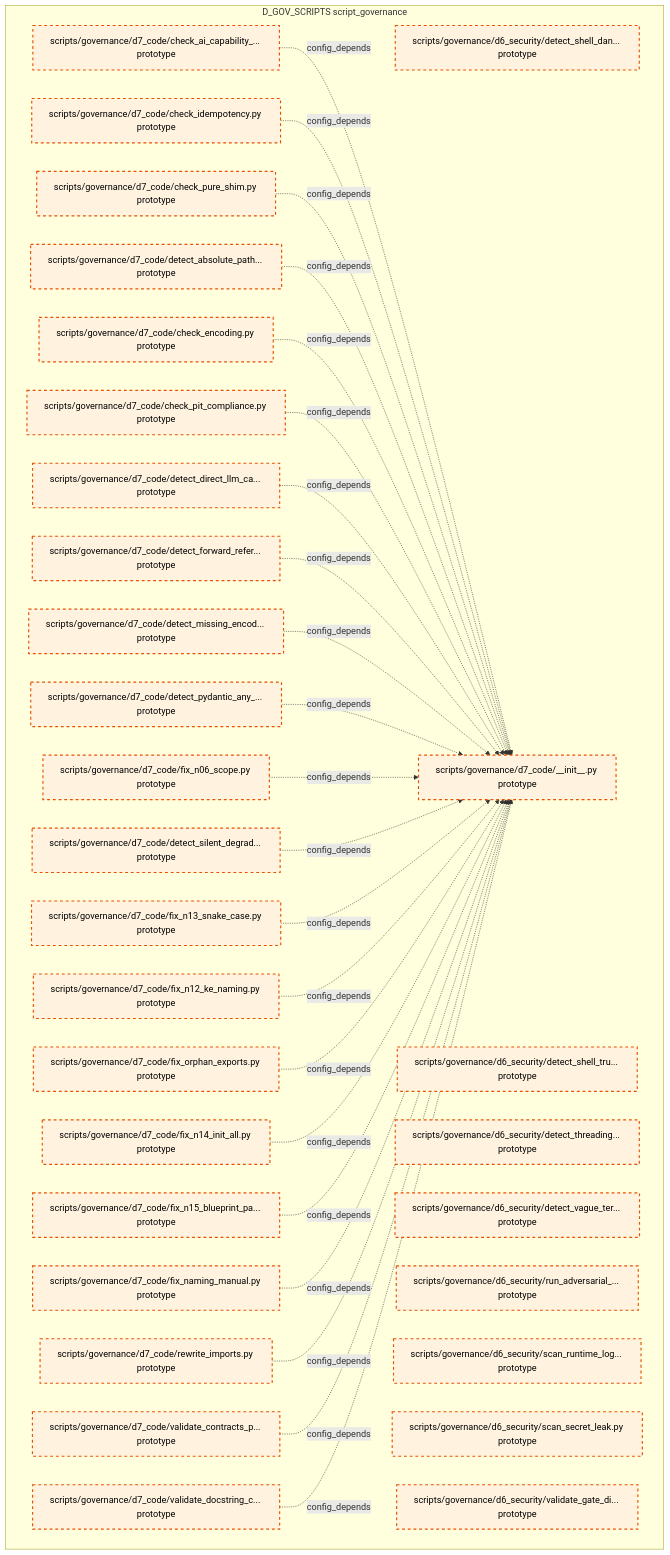
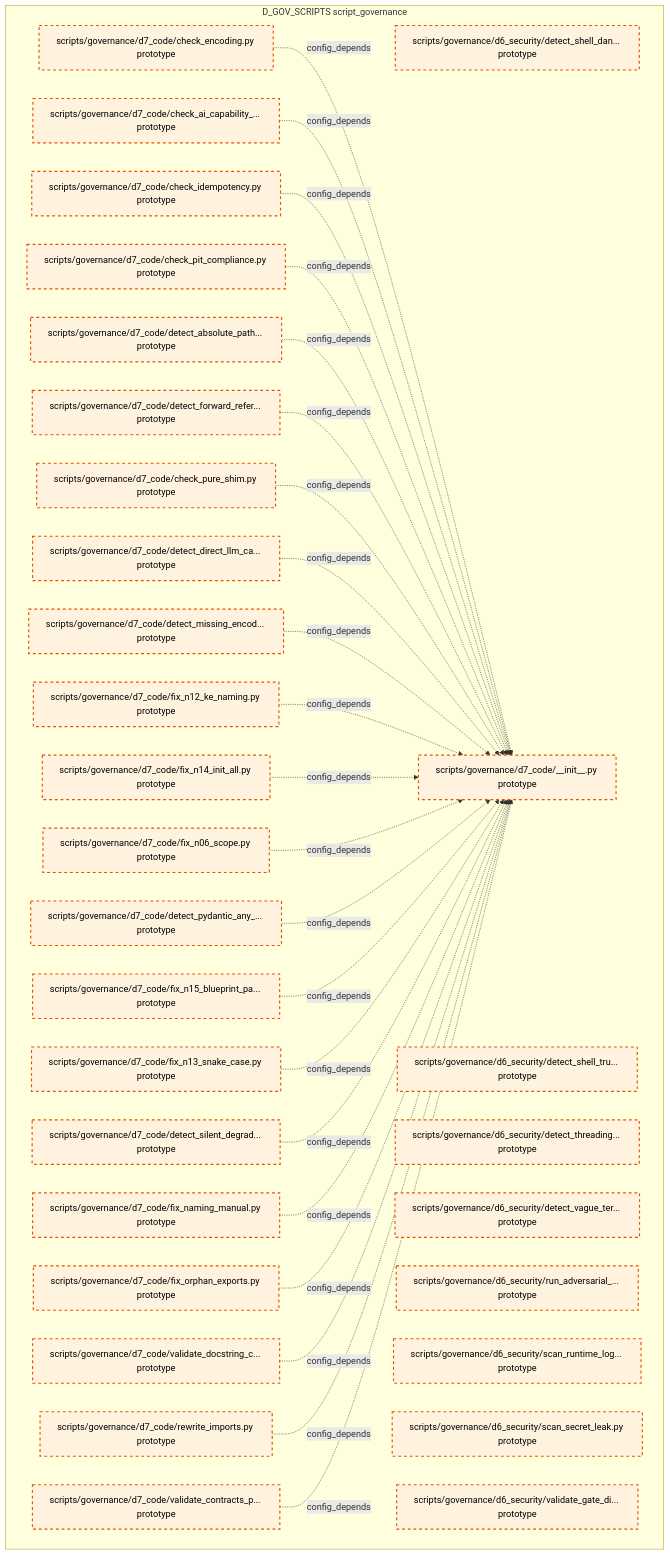
One commit to xuanFelixVan/ZephyrAlpha changed the tenth of 15 diagrams in docs/02_enterprise_architecture/02_domain_architecture_docs/36_d_gov_scripts.md. Above: the diagram before and after it, drawn with Mermaid. The commit also changed other lines of this file and 99 other files, not shown here.

````diff
--- a/docs/02_enterprise_architecture/02_domain_architecture_docs/36_d_gov_scripts.md
+++ b/docs/02_enterprise_architecture/02_domain_architecture_docs/36_d_gov_scripts.md
@@ -687,61 +688,61 @@
 ```mermaid
 graph TD
     subgraph D_GOV_SCRIPTS["D_GOV_SCRIPTS script_governance"]
         scripts_governance_d6_security_detect_shell_dangerous_py["scripts/governance/d6_security/detect_shell_dan... prototype"]
         scripts_governance_d6_security_detect_shell_true_py["scripts/governance/d6_security/detect_shell_tru... prototype"]
         scripts_governance_d6_security_detect_threading_lock_py["scripts/governance/d6_security/detect_threading... prototype"]
         scripts_governance_d6_security_detect_vague_terms_py["scripts/governance/d6_security/detect_vague_ter... prototype"]
         scripts_governance_d6_security_run_adversarial_checks_py["scripts/governance/d6_security/run_adversarial_... prototype"]
         scripts_governance_d6_security_scan_runtime_log_secrets_py["scripts/governance/d6_security/scan_runtime_log... prototype"]
         scripts_governance_d6_security_scan_secret_leak_py["scripts/governance/d6_security/scan_secret_leak.py prototype"]
         scripts_governance_d6_security_validate_gate_discipline_py["scripts/governance/d6_security/validate_gate_di... prototype"]
         scripts_governance_d7_code_init_py["scripts/governance/d7_code/__init__.py prototype"]
         scripts_governance_d7_code_check_ai_capability_boundary_py["scripts/governance/d7_code/check_ai_capability_... prototype"]
         scripts_governance_d7_code_check_encoding_py["scripts/governance/d7_code/check_encoding.py prototype"]
         scripts_governance_d7_code_check_idempotency_py["scripts/governance/d7_code/check_idempotency.py prototype"]
         scripts_governance_d7_code_check_pit_compliance_py["scripts/governance/d7_code/check_pit_compliance.py prototype"]
         scripts_governance_d7_code_check_pure_shim_py["scripts/governance/d7_code/check_pure_shim.py prototype"]
         scripts_governance_d7_code_detect_absolute_path_hardcoding_py["scripts/governance/d7_code/detect_absolute_path... prototype"]
         scripts_governance_d7_code_detect_direct_llm_calls_py["scripts/governance/d7_code/detect_direct_llm_ca... prototype"]
         scripts_governance_d7_code_detect_forward_reference_py["scripts/governance/d7_code/detect_forward_refer... prototype"]
         scripts_governance_d7_code_detect_missing_encoding_py["scripts/governance/d7_code/detect_missing_encod... prototype"]
         scripts_governance_d7_code_detect_pydantic_any_fields_py["scripts/governance/d7_code/detect_pydantic_any_... prototype"]
         scripts_governance_d7_code_detect_silent_degradation_py["scripts/governance/d7_code/detect_silent_degrad... prototype"]
         scripts_governance_d7_code_fix_n06_scope_py["scripts/governance/d7_code/fix_n06_scope.py prototype"]
         scripts_governance_d7_code_fix_n12_ke_naming_py["scripts/governance/d7_code/fix_n12_ke_naming.py prototype"]
         scripts_governance_d7_code_fix_n13_snake_case_py["scripts/governance/d7_code/fix_n13_snake_case.py prototype"]
         scripts_governance_d7_code_fix_n14_init_all_py["scripts/governance/d7_code/fix_n14_init_all.py prototype"]
         scripts_governance_d7_code_fix_n15_blueprint_path_py["scripts/governance/d7_code/fix_n15_blueprint_pa... prototype"]
         scripts_governance_d7_code_fix_naming_manual_py["scripts/governance/d7_code/fix_naming_manual.py prototype"]
         scripts_governance_d7_code_fix_orphan_exports_py["scripts/governance/d7_code/fix_orphan_exports.py prototype"]
         scripts_governance_d7_code_rewrite_imports_py["scripts/governance/d7_code/rewrite_imports.py prototype"]
         scripts_governance_d7_code_validate_contracts_purity_py["scripts/governance/d7_code/validate_contracts_p... prototype"]
         scripts_governance_d7_code_validate_docstring_coverage_py["scripts/governance/d7_code/validate_docstring_c... prototype"]
     end
+    scripts_governance_d7_code_check_encoding_py -.->|config_depends| scripts_governance_d7_code_init_py
     scripts_governance_d7_code_check_ai_capability_boundary_py -.->|config_depends| scripts_governance_d7_code_init_py
     scripts_governance_d7_code_check_idempotency_py -.->|config_depends| scripts_governance_d7_code_init_py
+    scripts_governance_d7_code_check_pit_compliance_py -.->|config_depends| scripts_governance_d7_code_init_py
+    scripts_governance_d7_code_detect_absolute_path_hardcoding_py -.->|config_depends| scripts_governance_d7_code_init_py
+    scripts_governance_d7_code_detect_forward_reference_py -.->|config_depends| scripts_governance_d7_code_init_py
     scripts_governance_d7_code_check_pure_shim_py -.->|config_depends| scripts_governance_d7_code_init_py
-    scripts_governance_d7_code_detect_absolute_path_hardcoding_py -.->|config_depends| scripts_governance_d7_code_init_py
-    scripts_governance_d7_code_check_encoding_py -.->|config_depends| scripts_governance_d7_code_init_py
-    scripts_governance_d7_code_check_pit_compliance_py -.->|config_depends| scripts_governance_d7_code_init_py
     scripts_governance_d7_code_detect_direct_llm_calls_py -.->|config_depends| scripts_governance_d7_code_init_py
-    scripts_governance_d7_code_detect_forward_reference_py -.->|config_depends| scripts_governance_d7_code_init_py
     scripts_governance_d7_code_detect_missing_encoding_py -.->|config_depends| scripts_governance_d7_code_init_py
+    scripts_governance_d7_code_fix_n12_ke_naming_py -.->|config_depends| scripts_governance_d7_code_init_py
+    scripts_governance_d7_code_fix_n14_init_all_py -.->|config_depends| scripts_governance_d7_code_init_py
+    scripts_governance_d7_code_fix_n06_scope_py -.->|config_depends| scripts_governance_d7_code_init_py
     scripts_governance_d7_code_detect_pydantic_any_fields_py -.->|config_depends| scripts_governance_d7_code_init_py
-    scripts_governance_d7_code_fix_n06_scope_py -.->|config_depends| scripts_governance_d7_code_init_py
+    scripts_governance_d7_code_fix_n15_blueprint_path_py -.->|config_depends| scripts_governance_d7_code_init_py
+    scripts_governance_d7_code_fix_n13_snake_case_py -.->|config_depends| scripts_governance_d7_code_init_py
     scripts_governance_d7_code_detect_silent_degradation_py -.->|config_depends| scripts_governance_d7_code_init_py
-    scripts_governance_d7_code_fix_n13_snake_case_py -.->|config_depends| scripts_governance_d7_code_init_py
-    scripts_governance_d7_code_fix_n12_ke_naming_py -.->|config_depends| scripts_governance_d7_code_init_py
+    scripts_governance_d7_code_fix_naming_manual_py -.->|config_depends| scripts_governance_d7_code_init_py
     scripts_governance_d7_code_fix_orphan_exports_py -.->|config_depends| scripts_governance_d7_code_init_py
-    scripts_governance_d7_code_fix_n14_init_all_py -.->|config_depends| scripts_governance_d7_code_init_py
-    scripts_governance_d7_code_fix_n15_blueprint_path_py -.->|config_depends| scripts_governance_d7_code_init_py
-    scripts_governance_d7_code_fix_naming_manual_py -.->|config_depends| scripts_governance_d7_code_init_py
+    scripts_governance_d7_code_validate_docstring_coverage_py -.->|config_depends| scripts_governance_d7_code_init_py
     scripts_governance_d7_code_rewrite_imports_py -.->|config_depends| scripts_governance_d7_code_init_py
     scripts_governance_d7_code_validate_contracts_purity_py -.->|config_depends| scripts_governance_d7_code_init_py
-    scripts_governance_d7_code_validate_docstring_coverage_py -.->|config_depends| scripts_governance_d7_code_init_py
     classDef production fill:#e1f5fe,stroke:#01579b,stroke-width:2px,color:#000
     classDef design fill:#fff3e0,stroke:#e65100,stroke-width:2px,color:#000,stroke-dasharray: 5 5
     classDef external_prod fill:#e8f5e9,stroke:#1b5e20,stroke-width:1px,color:#000
     classDef external_design fill:#fce4ec,stroke:#880e4f,stroke-width:1px,color:#000,stroke-dasharray: 5 5
     class scripts_governance_d6_security_detect_shell_dangerous_py,scripts_governance_d6_security_detect_shell_true_py,scripts_governance_d6_security_detect_threading_lock_py,scripts_governance_d6_security_detect_vague_terms_py,scripts_governance_d6_security_run_adversarial_checks_py,scripts_governance_d6_security_scan_runtime_log_secrets_py,scripts_governance_d6_security_scan_secret_leak_py,scripts_governance_d6_security_validate_gate_discipline_py,scripts_governance_d7_code_init_py,scripts_governance_d7_code_check_ai_capability_boundary_py,scripts_governance_d7_code_check_encoding_py,scripts_governance_d7_code_check_idempotency_py,scripts_governance_d7_code_check_pit_compliance_py,scripts_governance_d7_code_check_pure_shim_py,scripts_governance_d7_code_detect_absolute_path_hardcoding_py,scripts_governance_d7_code_detect_direct_llm_calls_py,scripts_governance_d7_code_detect_forward_reference_py,scripts_governance_d7_code_detect_missing_encoding_py,scripts_governance_d7_code_detect_pydantic_any_fields_py,scripts_governance_d7_code_detect_silent_degradation_py,scripts_governance_d7_code_fix_n06_scope_py,scripts_governance_d7_code_fix_n12_ke_naming_py,scripts_governance_d7_code_fix_n13_snake_case_py,scripts_governance_d7_code_fix_n14_init_all_py,scripts_governance_d7_code_fix_n15_blueprint_path_py,scripts_governance_d7_code_fix_naming_manual_py,scripts_governance_d7_code_fix_orphan_exports_py,scripts_governance_d7_code_rewrite_imports_py,scripts_governance_d7_code_validate_contracts_purity_py,scripts_governance_d7_code_validate_docstring_coverage_py design
 ```
````
